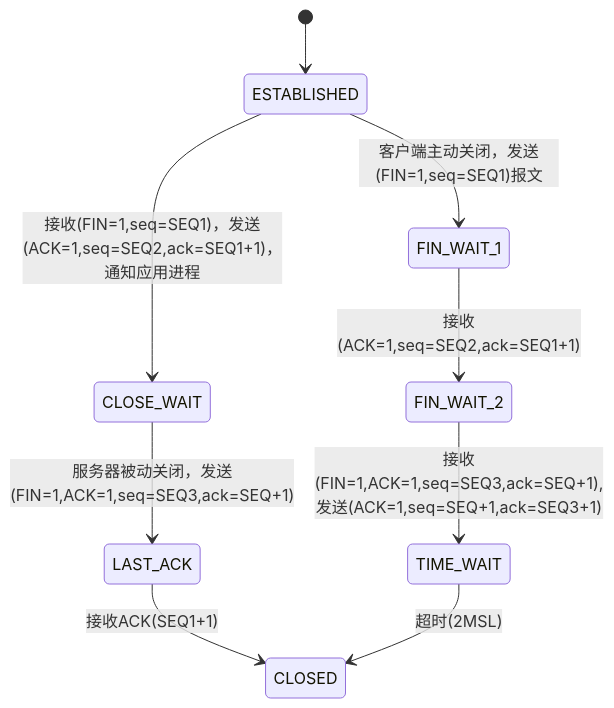
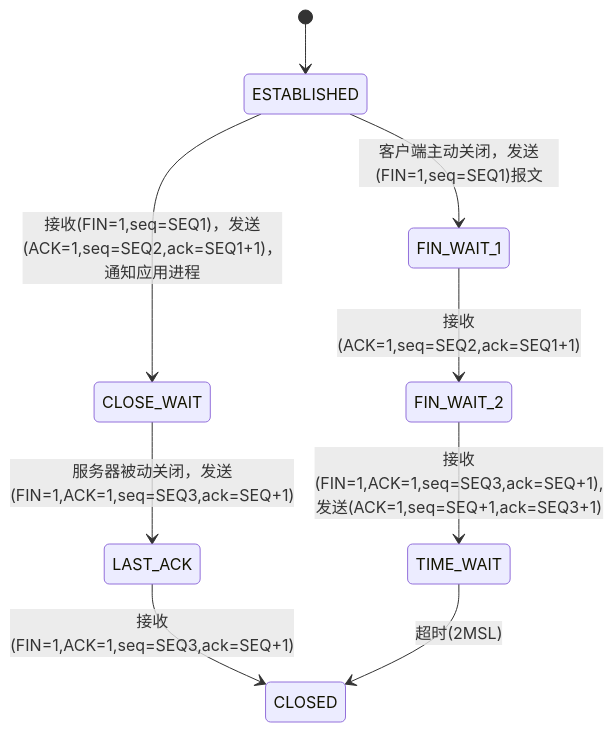
One commit to vincent-sjh/vincent-sjh.github.io changed the sixth of 8 diagrams in _posts/2025-08-13-Web-Page.md. Above: the diagram before and after it, drawn with Mermaid. The commit also changed other lines of this file, not shown here.

````diff
--- a/_posts/2025-08-13-Web-Page.md
+++ b/_posts/2025-08-13-Web-Page.md
@@ -416,11 +416,11 @@
 ```mermaid
 stateDiagram-v2
     [*] --> ESTABLISHED
     ESTABLISHED --> FIN_WAIT_1: 客户端主动关闭，发送(FIN=1,seq=SEQ1)报文
     ESTABLISHED --> CLOSE_WAIT: 接收(FIN=1,seq=SEQ1)，发送(ACK=1,seq=SEQ2,ack=SEQ1+1)，通知应用进程
     FIN_WAIT_1 --> FIN_WAIT_2: 接收(ACK=1,seq=SEQ2,ack=SEQ1+1)
     FIN_WAIT_2 --> TIME_WAIT: 接收(FIN=1,ACK=1,seq=SEQ3,ack=SEQ+1),发送(ACK=1,seq=SEQ+1,ack=SEQ3+1)
     CLOSE_WAIT --> LAST_ACK: 服务器被动关闭，发送(FIN=1,ACK=1,seq=SEQ3,ack=SEQ+1)
-    LAST_ACK --> CLOSED: 接收ACK(SEQ1+1)
+    LAST_ACK --> CLOSED: 接收(FIN=1,ACK=1,seq=SEQ3,ack=SEQ+1)
     TIME_WAIT --> CLOSED: 超时(2MSL)
 ```
````
